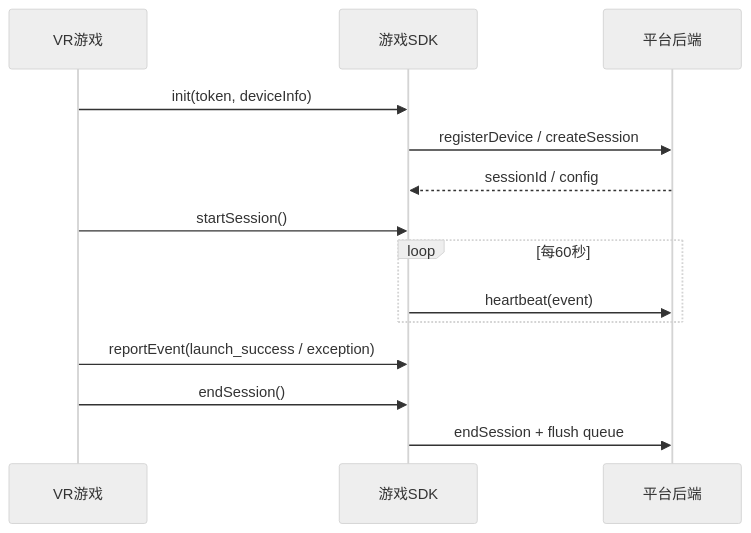
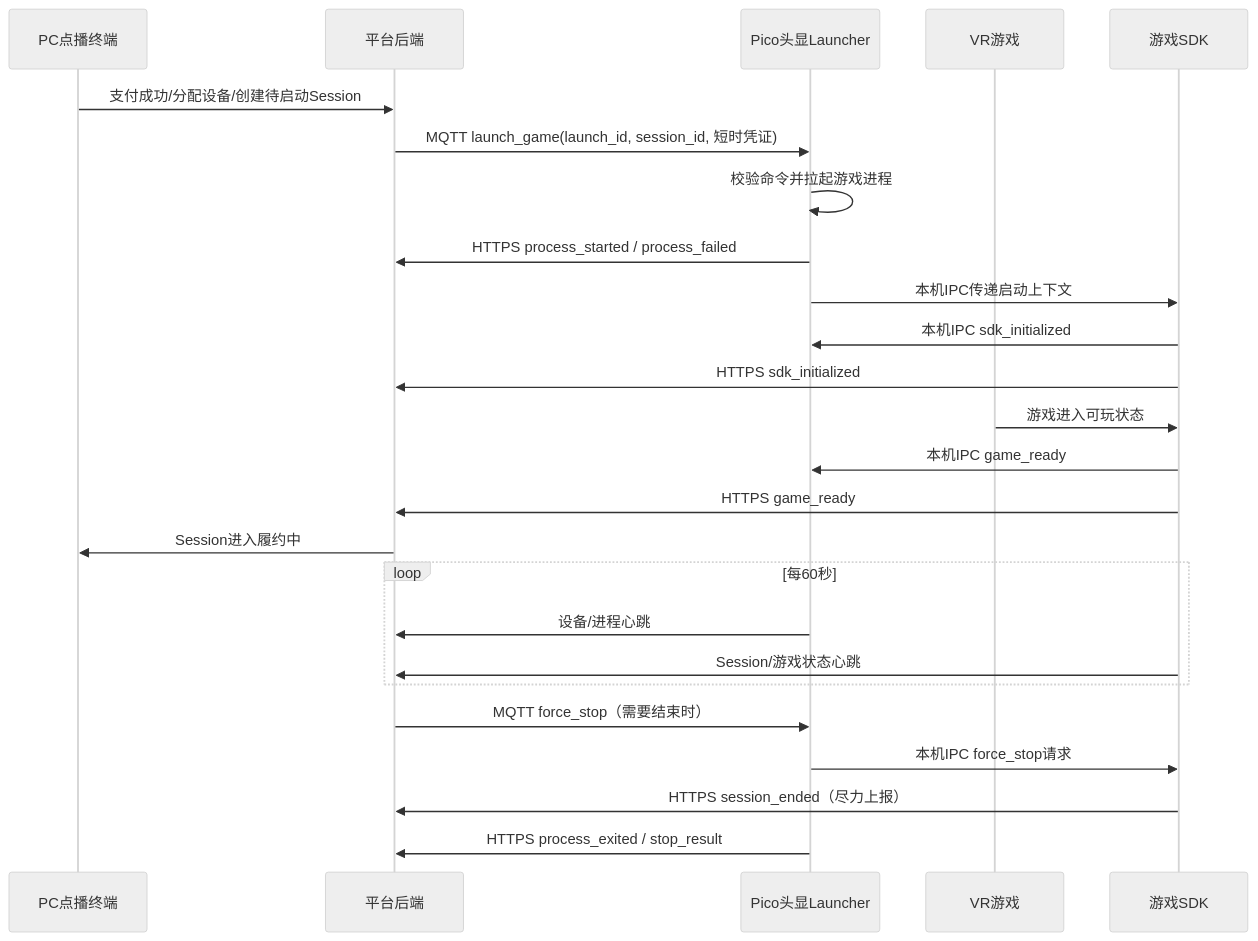
The second of 3 diagrams in docs/游戏SDK开发文档.md (andy685/VRtouhaokongjian), drawn with Mermaid (neutral theme) before and after one commit. The commit also changed other lines of this file and 1 other file, not shown here.

First line of the commit message:
docs: define launcher sdk IPC contract

````diff
--- a/docs/游戏SDK开发文档.md
+++ b/docs/游戏SDK开发文档.md
@@ -140,17 +148,28 @@
 ```mermaid
 sequenceDiagram
+    participant PC as PC点播终端
+    participant API as 平台后端
+    participant Launcher as Pico头显Launcher
     participant Game as VR游戏
     participant SDK as 游戏SDK
-    participant API as 平台后端
 
-    Game->>SDK: init(token, deviceInfo)
-    SDK->>API: registerDevice / createSession
-    API-->>SDK: sessionId / config
-    Game->>SDK: startSession()
+    PC->>API: 支付成功/分配设备/创建待启动Session
+    API->>Launcher: MQTT launch_game(launch_id, session_id, 短时凭证)
+    Launcher->>Launcher: 校验命令并拉起游戏进程
+    Launcher->>API: HTTPS process_started / process_failed
+    Launcher->>SDK: 本机IPC传递启动上下文
+    SDK->>Launcher: 本机IPC sdk_initialized
+    SDK->>API: HTTPS sdk_initialized
+    Game->>SDK: 游戏进入可玩状态
+    SDK->>Launcher: 本机IPC game_ready
+    SDK->>API: HTTPS game_ready
+    API->>PC: Session进入履约中
     loop 每60秒
-        SDK->>API: heartbeat(event)
+        Launcher->>API: 设备/进程心跳
+        SDK->>API: Session/游戏状态心跳
     end
-    Game->>SDK: reportEvent(launch_success / exception)
-    Game->>SDK: endSession()
-    SDK->>API: endSession + flush queue
+    API->>Launcher: MQTT force_stop（需要结束时）
+    Launcher->>SDK: 本机IPC force_stop请求
+    SDK->>API: HTTPS session_ended（尽力上报）
+    Launcher->>API: HTTPS process_exited / stop_result
 ```
````
